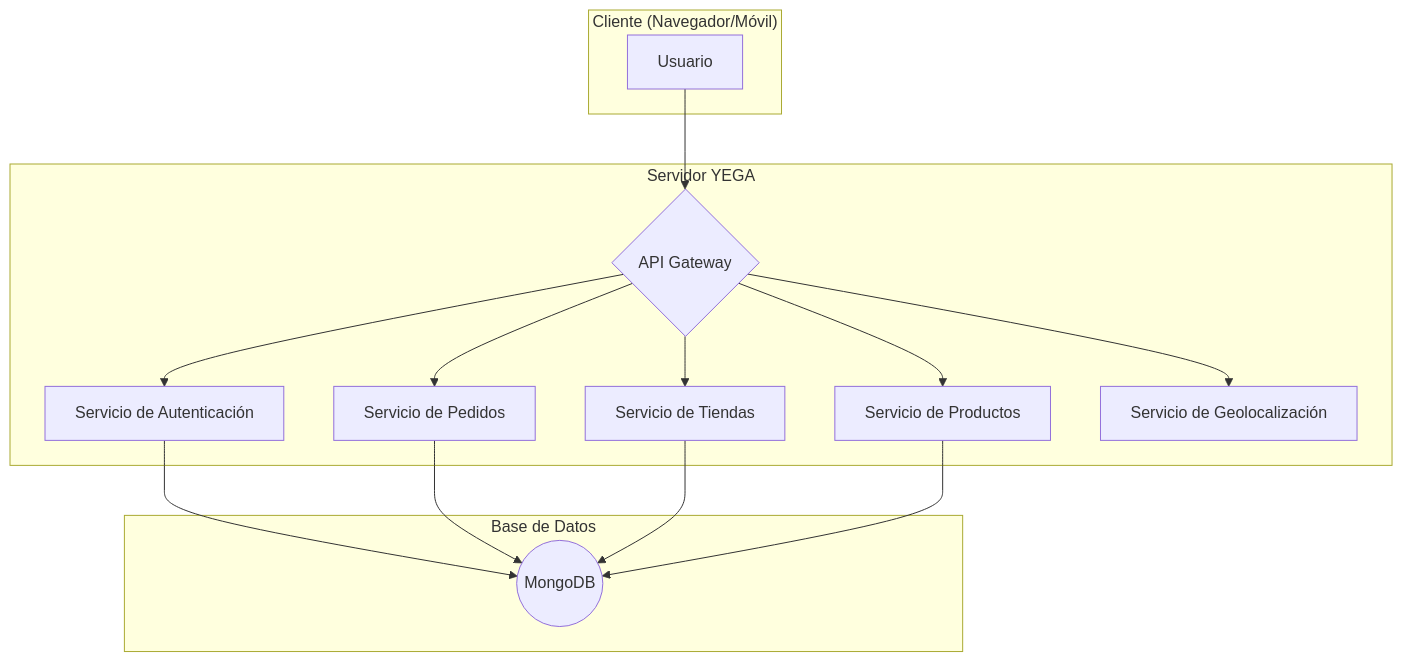
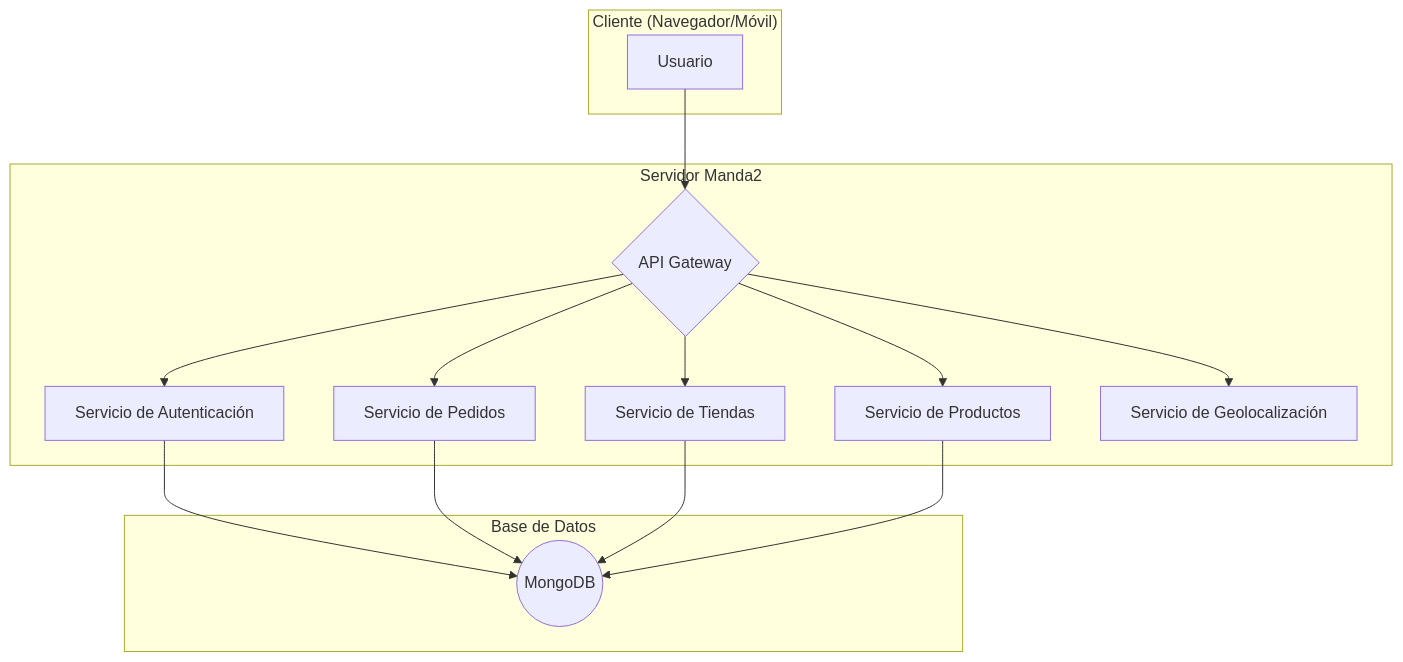
One commit to SebastianVernis/yega-app changed the first of 3 diagrams in docs/archive/DOCUMENTATION.md. Above: the diagram before and after it, drawn with Mermaid. The commit also changed other lines of this file and 151 other files, not shown here.

Commit message:
refactor: rebrand project from yega to Manda2 maintaining routes

````diff
--- a/docs/archive/DOCUMENTATION.md
+++ b/docs/archive/DOCUMENTATION.md
@@ -15,30 +15,30 @@
 ```mermaid
 graph TD
     subgraph "Cliente (Navegador/Móvil)"
         A[Usuario]
     end
 
-    subgraph "Servidor YEGA"
+    subgraph "Servidor Manda2"
         B{API Gateway}
         C[Servicio de Autenticación]
         D[Servicio de Pedidos]
         E[Servicio de Tiendas]
         F[Servicio de Productos]
         G[Servicio de Geolocalización]
     end
 
     subgraph "Base de Datos"
         H((MongoDB))
     end
 
     A --> B;
     B --> C;
     B --> D;
     B --> E;
     B --> F;
     B --> G;
     C --> H;
     D --> H;
     E --> H;
     F --> H;
 ```
````
